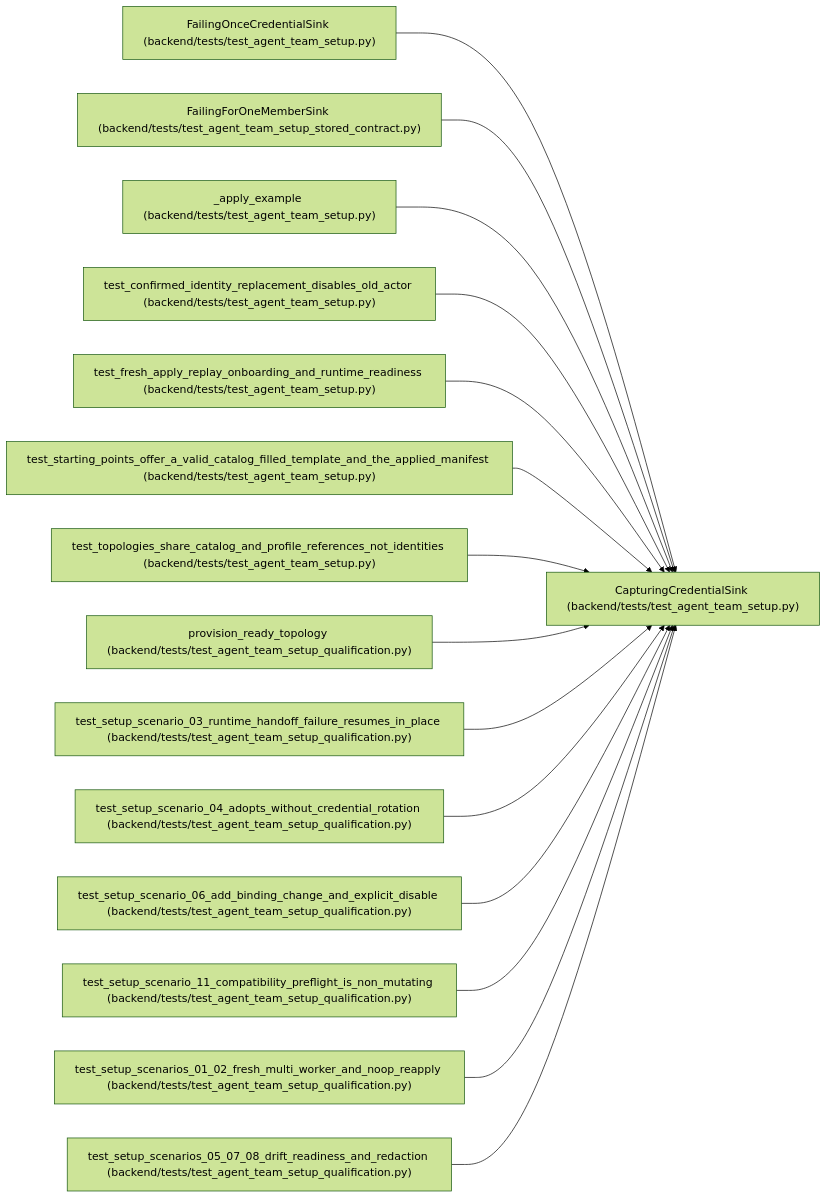
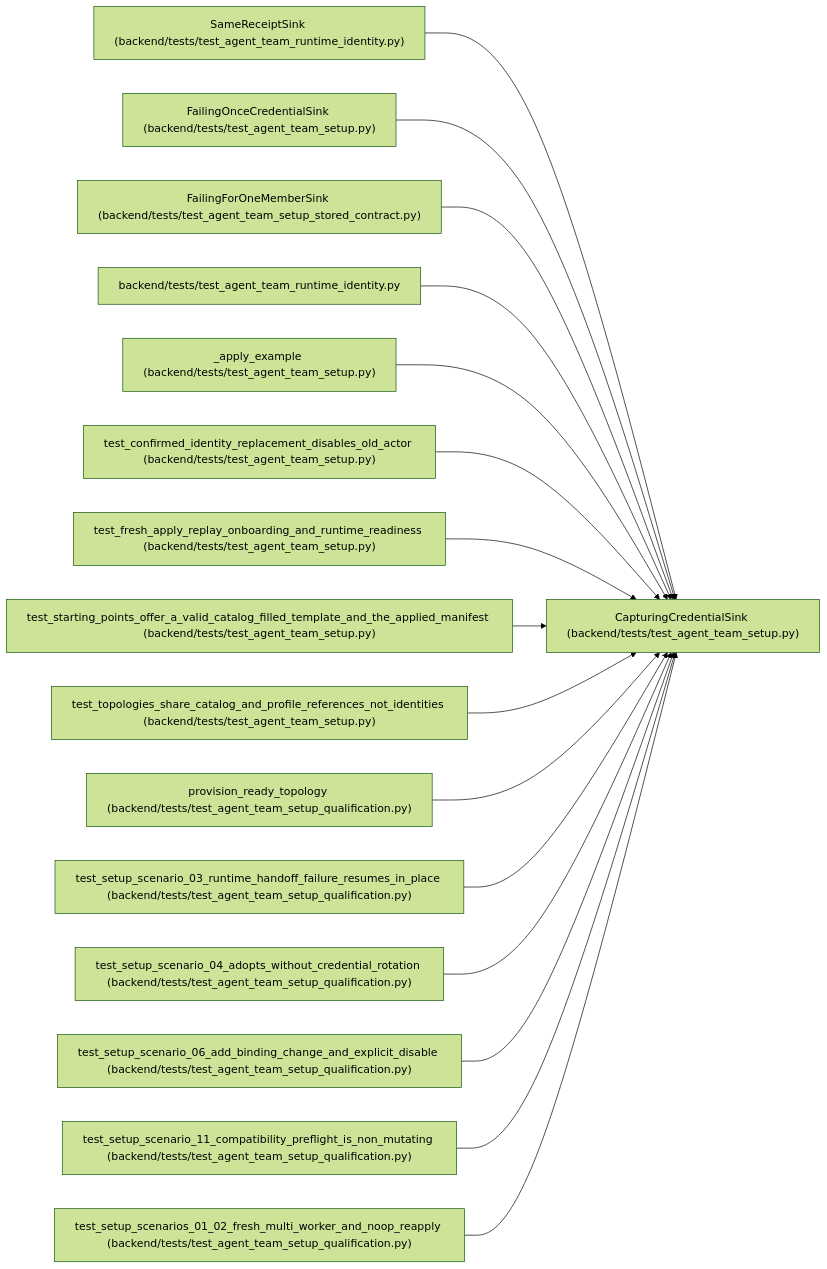
One commit to Denissvgn/WorkChord changed the diagram in docs/llm_wiki/entities/CapturingCredentialSink.md. Above: the diagram before and after it, drawn with Mermaid (forest theme). The commit also changed other lines of this file and 722 other files, not shown here.

Commit message:
Sync the architectural wiki for the onboarding runtime instance

````diff
--- a/docs/llm_wiki/entities/CapturingCredentialSink.md
+++ b/docs/llm_wiki/entities/CapturingCredentialSink.md
@@ -26,47 +26,50 @@
 ```mermaid
 flowchart LR
     n0["CapturingCredentialSink (backend/tests/test_agent_team_setup.py)"]
-    n1["FailingOnceCredentialSink (backend/tests/test_agent_team_setup.py)"]
-    n2["FailingForOneMemberSink (backend/tests/test_agent_team_setup_stored_contract.py)"]
-    n3["_apply_example (backend/tests/test_agent_team_setup.py)"]
-    n4["test_confirmed_identity_replacement_disables_old_actor (backend/tests/test_agent_team_setup.py)"]
-    n5["test_fresh_apply_replay_onboarding_and_runtime_readiness (backend/tests/test_agent_team_setup.py)"]
-    n6["test_starting_points_offer_a_valid_catalog_filled_template_and_the_applied_manifest (backend/tests/test_agent_team_setup.py)"]
-    n7["test_topologies_share_catalog_and_profile_references_not_identities (backend/tests/test_agent_team_setup.py)"]
-    n8["provision_ready_topology (backend/tests/test_agent_team_setup_qualification.py)"]
-    n9["test_setup_scenario_03_runtime_handoff_failure_resumes_in_place (backend/tests/test_agent_team_setup_qualification.py)"]
-    n10["test_setup_scenario_04_adopts_without_credential_rotation (backend/tests/test_agent_team_setup_qualification.py)"]
-    n11["test_setup_scenario_06_add_binding_change_and_explicit_disable (backend/tests/test_agent_team_setup_qualification.py)"]
-    n12["test_setup_scenario_11_compatibility_preflight_is_non_mutating (backend/tests/test_agent_team_setup_qualification.py)"]
-    n13["test_setup_scenarios_01_02_fresh_multi_worker_and_noop_reapply (backend/tests/test_agent_team_setup_qualification.py)"]
-    n14["test_setup_scenarios_05_07_08_drift_readiness_and_redaction (backend/tests/test_agent_team_setup_qualification.py)"]
+    n1["SameReceiptSink (backend/tests/test_agent_team_runtime_identity.py)"]
+    n2["FailingOnceCredentialSink (backend/tests/test_agent_team_setup.py)"]
+    n3["FailingForOneMemberSink (backend/tests/test_agent_team_setup_stored_contract.py)"]
+    n4["backend/tests/test_agent_team_runtime_identity.py"]
+    n5["_apply_example (backend/tests/test_agent_team_setup.py)"]
+    n6["test_confirmed_identity_replacement_disables_old_actor (backend/tests/test_agent_team_setup.py)"]
+    n7["test_fresh_apply_replay_onboarding_and_runtime_readiness (backend/tests/test_agent_team_setup.py)"]
+    n8["test_starting_points_offer_a_valid_catalog_filled_template_and_the_applied_manifest (backend/tests/test_agent_team_setup.py)"]
+    n9["test_topologies_share_catalog_and_profile_references_not_identities (backend/tests/test_agent_team_setup.py)"]
+    n10["provision_ready_topology (backend/tests/test_agent_team_setup_qualification.py)"]
+    n11["test_setup_scenario_03_runtime_handoff_failure_resumes_in_place (backend/tests/test_agent_team_setup_qualification.py)"]
+    n12["test_setup_scenario_04_adopts_without_credential_rotation (backend/tests/test_agent_team_setup_qualification.py)"]
+    n13["test_setup_scenario_06_add_binding_change_and_explicit_disable (backend/tests/test_agent_team_setup_qualification.py)"]
+    n14["test_setup_scenario_11_compatibility_preflight_is_non_mutating (backend/tests/test_agent_team_setup_qualification.py)"]
+    n15["test_setup_scenarios_01_02_fresh_multi_worker_and_noop_reapply (backend/tests/test_agent_team_setup_qualification.py)"]
     n1 --> n0
     n2 --> n0
     n3 --> n0
     n4 --> n0
     n5 --> n0
     n6 --> n0
     n7 --> n0
     n8 --> n0
     n9 --> n0
     n10 --> n0
     n11 --> n0
     n12 --> n0
     n13 --> n0
     n14 --> n0
+    n15 --> n0
     click n0 "../modules/test_agent_team_setup.md"
-    click n1 "../modules/test_agent_team_setup.md"
-    click n2 "../modules/test_agent_team_setup_stored_contract.md"
-    click n3 "../modules/test_agent_team_setup.md"
-    click n4 "../modules/test_agent_team_setup.md"
+    click n1 "../modules/test_agent_team_runtime_identity.md"
+    click n2 "../modules/test_agent_team_setup.md"
+    click n3 "../modules/test_agent_team_setup_stored_contract.md"
+    click n4 "../modules/test_agent_team_runtime_identity.md"
     click n5 "../modules/test_agent_team_setup.md"
     click n6 "../modules/test_agent_team_setup.md"
     click n7 "../modules/test_agent_team_setup.md"
-    click n8 "../modules/test_agent_team_setup_qualification.md"
-    click n9 "../modules/test_agent_team_setup_qualification.md"
+    click n8 "../modules/test_agent_team_setup.md"
+    click n9 "../modules/test_agent_team_setup.md"
     click n10 "../modules/test_agent_team_setup_qualification.md"
     click n11 "../modules/test_agent_team_setup_qualification.md"
     click n12 "../modules/test_agent_team_setup_qualification.md"
     click n13 "../modules/test_agent_team_setup_qualification.md"
     click n14 "../modules/test_agent_team_setup_qualification.md"
+    click n15 "../modules/test_agent_team_setup_qualification.md"
 ```
````
